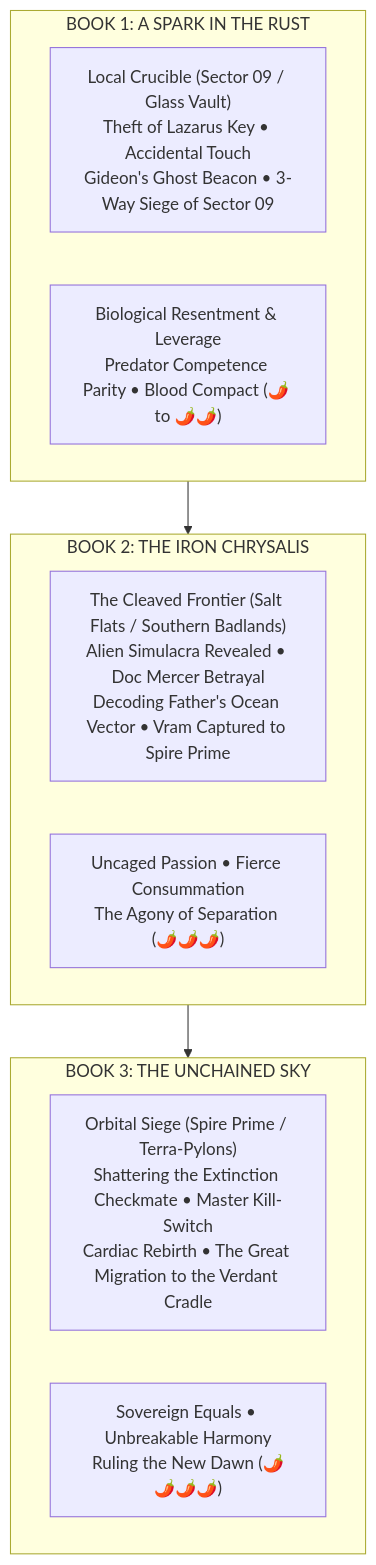
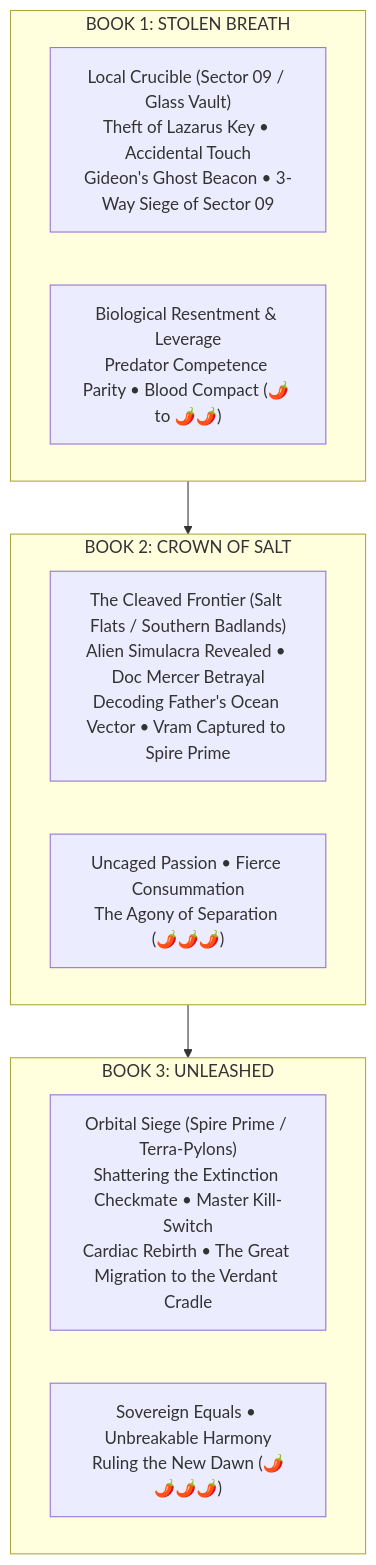
One commit to ajuandiego/arkun changed the diagram in 05_plot/trilogy_overview.md. Above: the diagram before and after it, drawn with Mermaid. The commit also changed other lines of this file and 16 other files, not shown here.

````diff
--- a/05_plot/trilogy_overview.md
+++ b/05_plot/trilogy_overview.md
@@ -17,19 +18,19 @@
 ```mermaid
 graph TD
-    subgraph B1 ["BOOK 1: A SPARK IN THE RUST"]
+    subgraph B1 ["BOOK 1: STOLEN BREATH"]
         B1_Plot["Local Crucible (Sector 09 / Glass Vault)<br/>Theft of Lazarus Key • Accidental Touch<br/>Gideon's Ghost Beacon • 3-Way Siege of Sector 09"]
         B1_Romance["Biological Resentment & Leverage<br/>Predator Competence Parity • Blood Compact (🌶️ to 🌶️🌶️)"]
     end
 
-    subgraph B2 ["BOOK 2: THE IRON CHRYSALIS"]
+    subgraph B2 ["BOOK 2: CROWN OF SALT"]
         B2_Plot["The Cleaved Frontier (Salt Flats / Southern Badlands)<br/>Alien Simulacra Revealed • Doc Mercer Betrayal<br/>Decoding Father's Ocean Vector • Vram Captured to Spire Prime"]
         B2_Romance["Uncaged Passion • Fierce Consummation<br/>The Agony of Separation (🌶️🌶️🌶️)"]
     end
 
-    subgraph B3 ["BOOK 3: THE UNCHAINED SKY"]
+    subgraph B3 ["BOOK 3: UNLEASHED"]
         B3_Plot["Orbital Siege (Spire Prime / Terra-Pylons)<br/>Shattering the Extinction Checkmate • Master Kill-Switch<br/>Cardiac Rebirth • The Great Migration to the Verdant Cradle"]
         B3_Romance["Sovereign Equals • Unbreakable Harmony<br/>Ruling the New Dawn (🌶️🌶️🌶️🌶️)"]
     end
 
     B1 --> B2 --> B3
 ```
````
